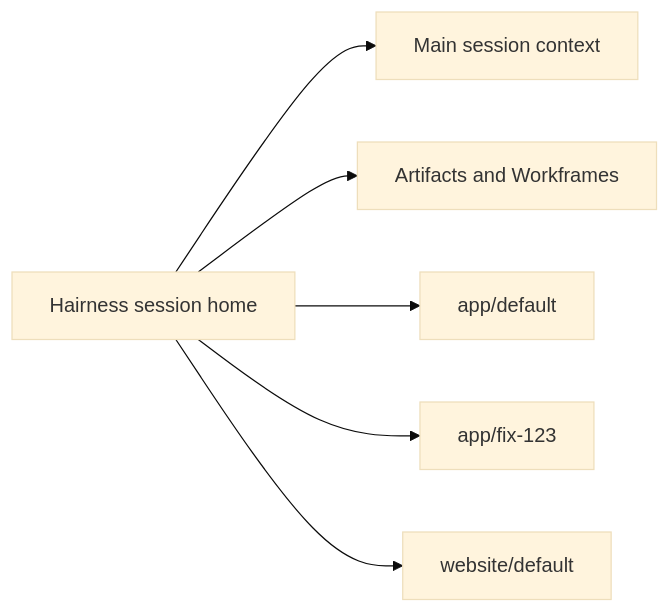
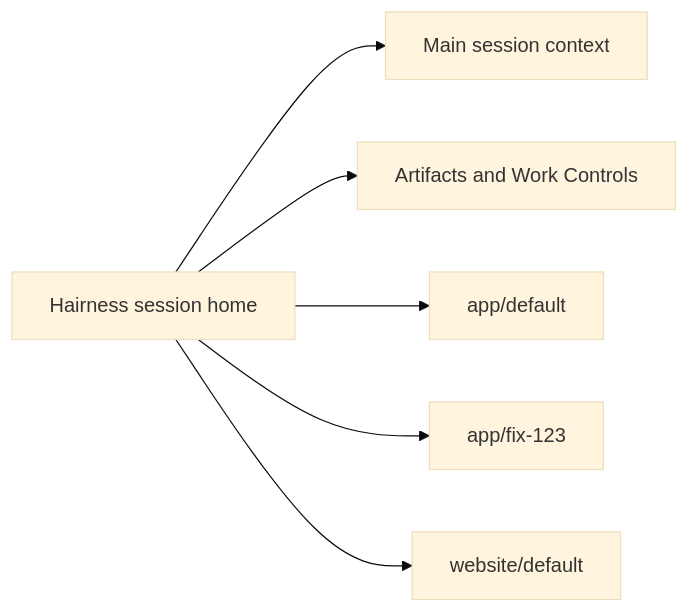
Before and after one commit to thevzion/hairness: the diagram in docs/concepts/session-home.md, drawn with Mermaid (base theme). The commit also changed other lines of this file and 23 other files, not shown here.

````diff
--- a/docs/concepts/session-home.md
+++ b/docs/concepts/session-home.md
@@ -7,8 +7,8 @@
 ```mermaid
 flowchart LR
   H["Hairness session home"] --> M["Main session context"]
-  H --> A["Artifacts and Workframes"]
+  H --> A["Artifacts and Work Controls"]
   H --> C1["app/default"]
   H --> C2["app/fix-123"]
   H --> C3["website/default"]
 ```
````
